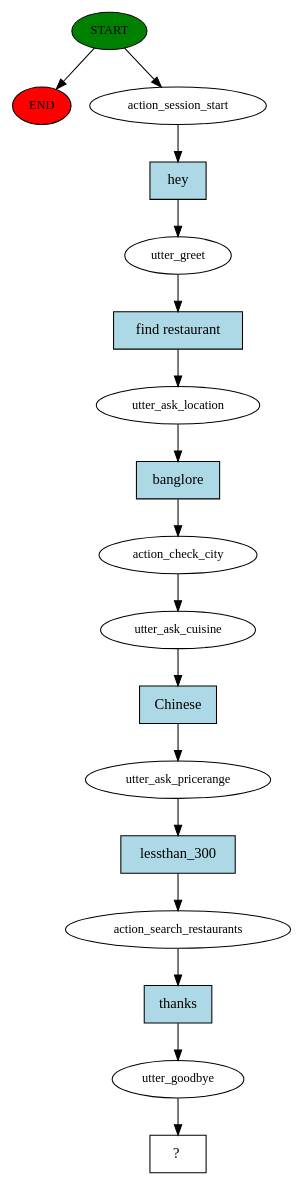
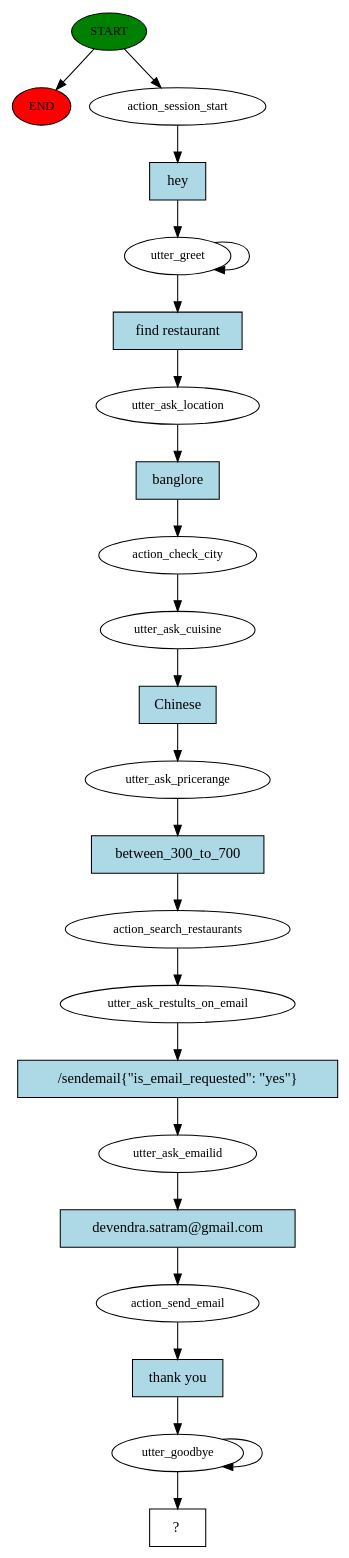
The diagram in story_graph.dot (devasci/rasa_casestudy), drawn with Graphviz before and after one commit. The commit also changed 4 other files, not shown here.

```diff
--- a/story_graph.dot
+++ b/story_graph.dot
@@ -1,35 +1,47 @@
 digraph  {
 0 [class="start active", fillcolor=green, fontsize=12, label=START, style=filled];
 "-1" [class=end, fillcolor=red, fontsize=12, label=END, style=filled];
 1 [class=active, fontsize=12, label=action_session_start];
 2 [class=active, fontsize=12, label=utter_greet];
-3 [class=active, fontsize=12, label=utter_ask_location];
-4 [class=active, fontsize=12, label=action_check_city];
-5 [class=active, fontsize=12, label=utter_ask_cuisine];
-6 [class=active, fontsize=12, label=utter_ask_pricerange];
-7 [class=active, fontsize=12, label=action_search_restaurants];
-8 [class=active, fontsize=12, label=utter_goodbye];
-9 [class="intent dashed active", label="  ?  ", shape=rect];
-10 [class="intent active", fillcolor=lightblue, label=hey, shape=rect, style=filled];
-11 [class="intent active", fillcolor=lightblue, label="find restaurant", shape=rect, style=filled];
-12 [class="intent active", fillcolor=lightblue, label=banglore, shape=rect, style=filled];
-13 [class="intent active", fillcolor=lightblue, label=Chinese, shape=rect, style=filled];
-14 [class="intent active", fillcolor=lightblue, label=lessthan_300, shape=rect, style=filled];
-15 [class="intent active", fillcolor=lightblue, label=thanks, shape=rect, style=filled];
+4 [class=active, fontsize=12, label=utter_ask_location];
+5 [class=active, fontsize=12, label=action_check_city];
+6 [class=active, fontsize=12, label=utter_ask_cuisine];
+7 [class=active, fontsize=12, label=utter_ask_pricerange];
+8 [class=active, fontsize=12, label=action_search_restaurants];
+9 [class=active, fontsize=12, label=utter_ask_restults_on_email];
+10 [class=active, fontsize=12, label=utter_ask_emailid];
+11 [class=active, fontsize=12, label=action_send_email];
+12 [class=active, fontsize=12, label=utter_goodbye];
+14 [class="intent dashed active", label="  ?  ", shape=rect];
+15 [class="intent active", fillcolor=lightblue, label=hey, shape=rect, style=filled];
+16 [class="intent active", fillcolor=lightblue, label="find restaurant", shape=rect, style=filled];
+17 [class="intent active", fillcolor=lightblue, label=banglore, shape=rect, style=filled];
+18 [class="intent active", fillcolor=lightblue, label=Chinese, shape=rect, style=filled];
+19 [class="intent active", fillcolor=lightblue, label=between_300_to_700, shape=rect, style=filled];
+20 [class="intent active", fillcolor=lightblue, label="/sendemail{\"is_email_requested\": \"yes\"}", shape=rect, style=filled];
+21 [class="intent active", fillcolor=lightblue, label="devendra.satram@gmail.com", shape=rect, style=filled];
+22 [class="intent active", fillcolor=lightblue, label="thank you", shape=rect, style=filled];
 0 -> "-1"  [class="", key=NONE, label=""];
 0 -> 1  [class=active, key=NONE, label=""];
-1 -> 10  [class=active, key=0];
-2 -> 11  [class=active, key=0];
-3 -> 12  [class=active, key=0];
-4 -> 5  [class=active, key=NONE, label=""];
-5 -> 13  [class=active, key=0];
-6 -> 14  [class=active, key=0];
-7 -> 15  [class=active, key=0];
+1 -> 15  [class=active, key=0];
+2 -> 2  [class=active, key=NONE, label=""];
+2 -> 16  [class=active, key=0];
+4 -> 17  [class=active, key=0];
+5 -> 6  [class=active, key=NONE, label=""];
+6 -> 18  [class=active, key=0];
+7 -> 19  [class=active, key=0];
 8 -> 9  [class=active, key=NONE, label=""];
-10 -> 2  [class=active, key=0];
-11 -> 3  [class=active, key=0];
-12 -> 4  [class=active, key=0];
-13 -> 6  [class=active, key=0];
-14 -> 7  [class=active, key=0];
-15 -> 8  [class=active, key=0];
+9 -> 20  [class=active, key=0];
+10 -> 21  [class=active, key=0];
+11 -> 22  [class=active, key=0];
+12 -> 14  [class=active, key=NONE, label=""];
+12 -> 12  [class=active, key=NONE, label=""];
+15 -> 2  [class=active, key=0];
+16 -> 4  [class=active, key=0];
+17 -> 5  [class=active, key=0];
+18 -> 7  [class=active, key=0];
+19 -> 8  [class=active, key=0];
+20 -> 10  [class=active, key=0];
+21 -> 11  [class=active, key=0];
+22 -> 12  [class=active, key=0];
 }
```
